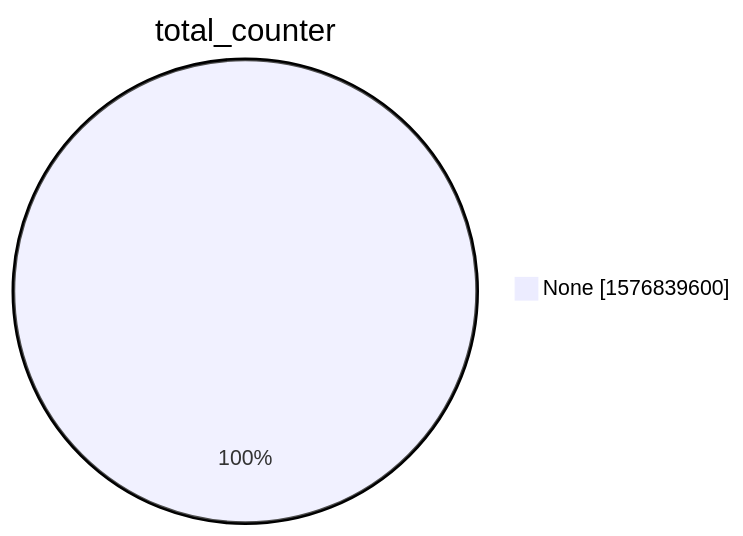
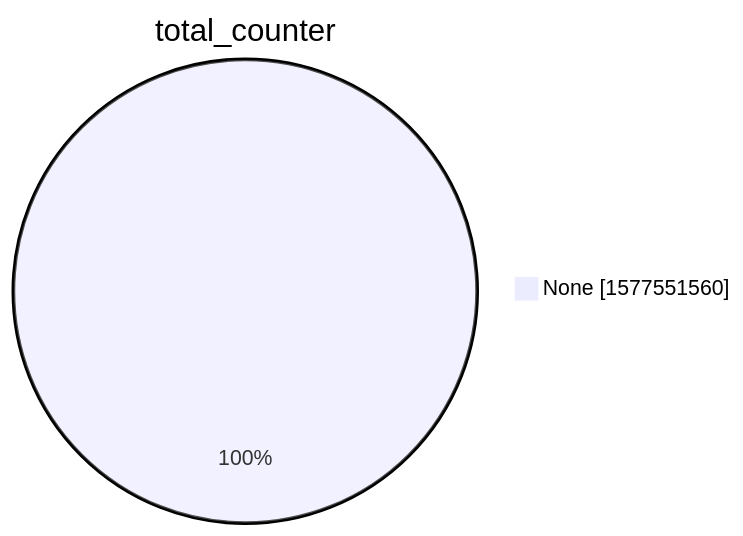
Before and after one commit to christiankrug/ctmonitor_visualization: the second of 15 diagrams in xenon2022/README.md, drawn with Mermaid. The commit also changed other lines of this file, not shown here.

````diff
--- a/xenon2022/README.md
+++ b/xenon2022/README.md
@@ -9,5 +9,5 @@
 ```mermaid
 pie showData
 title total_counter
-"None" :1576839600
+"None" :1577551560
 ```
````
